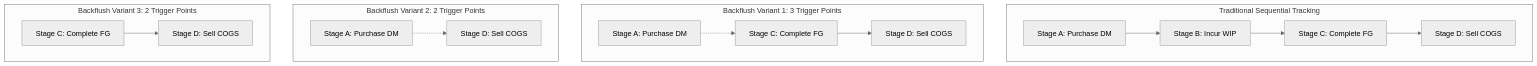
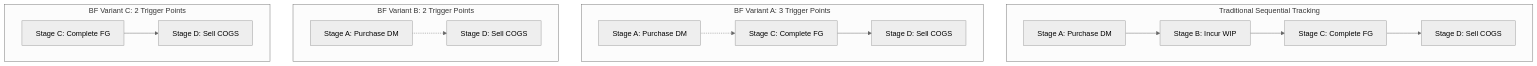
One commit to Soohaeib/shared-obsidian-notes changed the eighth of 9 diagrams in note-res/ai-comprehension/acc-304-cost-accounting-i/acc-304-notes-step-4.md. Above: the diagram before and after it, drawn with Mermaid (neutral theme). The commit also changed other lines of this file, not shown here.

Commit message:
style: update backflush costing variants in Mermaid diagram for clarity

````diff
--- a/note-res/ai-comprehension/acc-304-cost-accounting-i/acc-304-notes-step-4.md
+++ b/note-res/ai-comprehension/acc-304-cost-accounting-i/acc-304-notes-step-4.md
@@ -341,18 +341,17 @@
 ```mermaid
 flowchart TD
     subgraph Traditional Sequential Tracking
     A1[Stage A: Purchase DM] --> B1[Stage B: Incur WIP] --> C1[Stage C: Complete FG] --> D1[Stage D: Sell COGS]
     end
-    
-    subgraph Backflush Variant 1: 3 Trigger Points
-    A2[Stage A: Purchase DM] -.-> C2[Stage C: Complete FG] --> D2[Stage D: Sell COGS]
-    end
-    
-    subgraph Backflush Variant 2: 2 Trigger Points
-    A3[Stage A: Purchase DM] -.-> D3[Stage D: Sell COGS]
-    end
-    
-    subgraph Backflush Variant 3: 2 Trigger Points
-    C4[Stage C: Complete FG] --> D4[Stage D: Sell COGS]
-    end
+	subgraph BF Variant A: 3 Trigger Points
+	A2[Stage A: Purchase DM] -.-> C2[Stage C: Complete FG] --> D2[Stage D: Sell COGS]
+	end
+	
+	subgraph BF Variant B: 2 Trigger Points
+	A3[Stage A: Purchase DM] -.-> D3[Stage D: Sell COGS]
+	end
+	
+	subgraph BF Variant C: 2 Trigger Points
+	C4[Stage C: Complete FG] --> D4[Stage D: Sell COGS]
+	end
 ```
````
